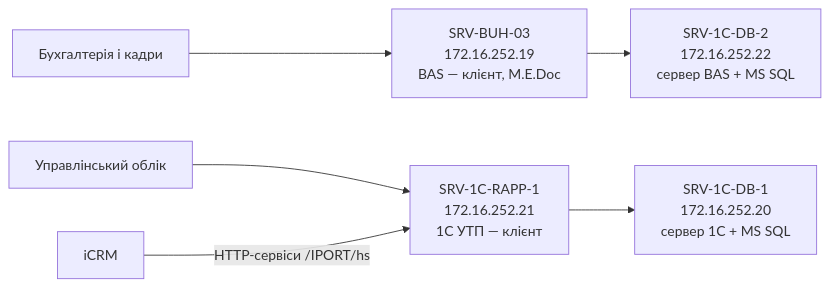
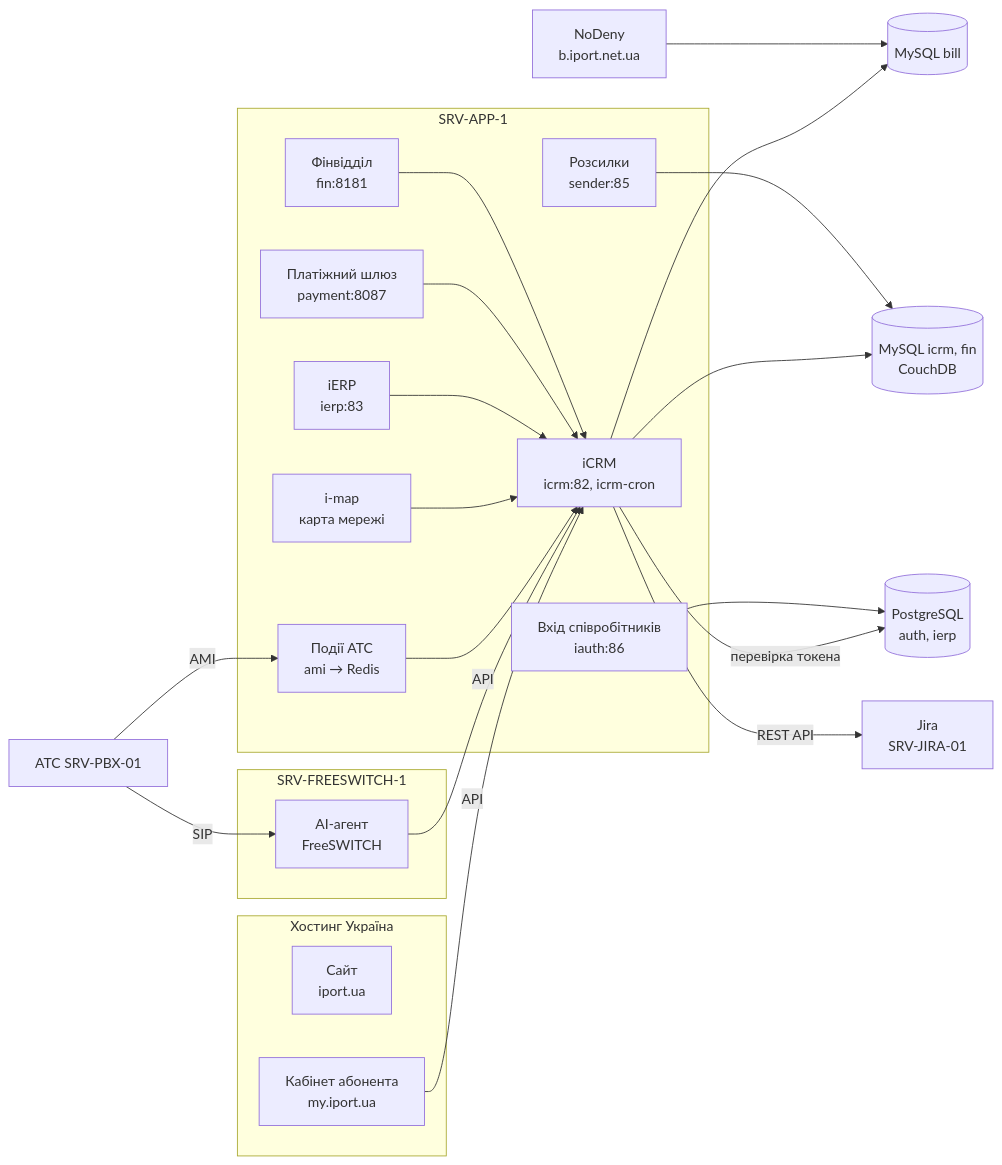
Before and after one commit to iport-snk/i.md: the second of 2 diagrams in architecture/infrastructure.md, drawn with Mermaid. The commit also changed other lines of this file, not shown here.

````diff
--- a/architecture/infrastructure.md
+++ b/architecture/infrastructure.md
@@ -204,8 +205,43 @@
 ```mermaid
 flowchart LR
-    B["Бухгалтерія і кадри"] --> BUH["SRV-BUH-03<br/>172.16.252.19<br/>BAS — клієнт, M.E.Doc"]
-    BUH --> BAS["SRV-1C-DB-2<br/>172.16.252.22<br/>сервер BAS + MS SQL"]
-    M["Управлінський облік"] --> RAPP["SRV-1C-RAPP-1<br/>172.16.252.21<br/>1С УТП — клієнт"]
-    RAPP --> C1["SRV-1C-DB-1<br/>172.16.252.20<br/>сервер 1С + MS SQL"]
-    ICRM["iCRM"] -->|"HTTP-сервіси /IPORT/hs"| RAPP
+    subgraph HOST["Хостинг Україна"]
+        SITE["Сайт<br/>iport.ua"]
+        ACC["Кабінет абонента<br/>my.iport.ua"]
+    end
+    PBX["АТС SRV-PBX-01"]
+    subgraph FS1["SRV-FREESWITCH-1"]
+        AG["AI-агент<br/>FreeSWITCH"]
+    end
+    subgraph APP1["SRV-APP-1"]
+        IMAP["i-map<br/>карта мережі"]
+        IERP["iERP<br/>ierp:83"]
+        PAY["Платіжний шлюз<br/>payment:8087"]
+        FIN["Фінвідділ<br/>fin:8181"]
+        AMI["Події АТС<br/>ami → Redis"]
+        ICRM["iCRM<br/>icrm:82, icrm-cron"]
+        AUTH["Вхід співробітників<br/>iauth:86"]
+        SND["Розсилки<br/>sender:85"]
+    end
+    BILL[("MySQL bill")]
+    DBS[("MySQL icrm, fin<br/>CouchDB")]
+    PG[("PostgreSQL<br/>auth, ierp")]
+    JIRA["Jira<br/>SRV-JIRA-01"]
+    ND["NoDeny<br/>b.iport.net.ua"]
+
+    ACC -->|"API"| ICRM
+    PBX -->|"SIP"| AG
+    AG -->|"API"| ICRM
+    PBX -->|"AMI"| AMI
+    AMI --> ICRM
+    IMAP --> ICRM
+    IERP --> ICRM
+    PAY --> ICRM
+    FIN --> ICRM
+    ICRM --> BILL
+    ICRM --> DBS
+    ICRM -->|"перевірка токена"| PG
+    ICRM -->|"REST API"| JIRA
+    AUTH --> PG
+    SND --> DBS
+    ND --> BILL
 ```
````
